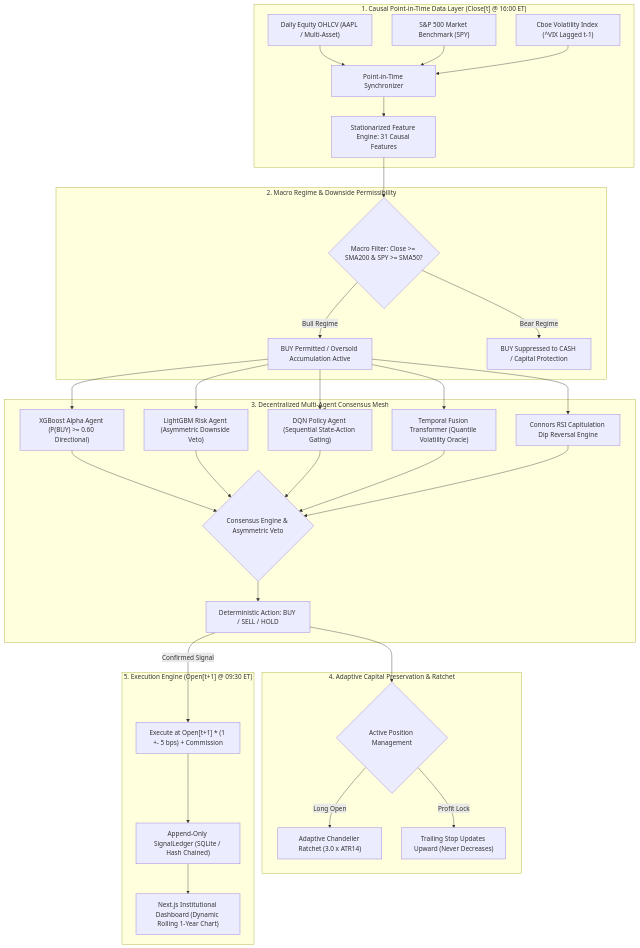
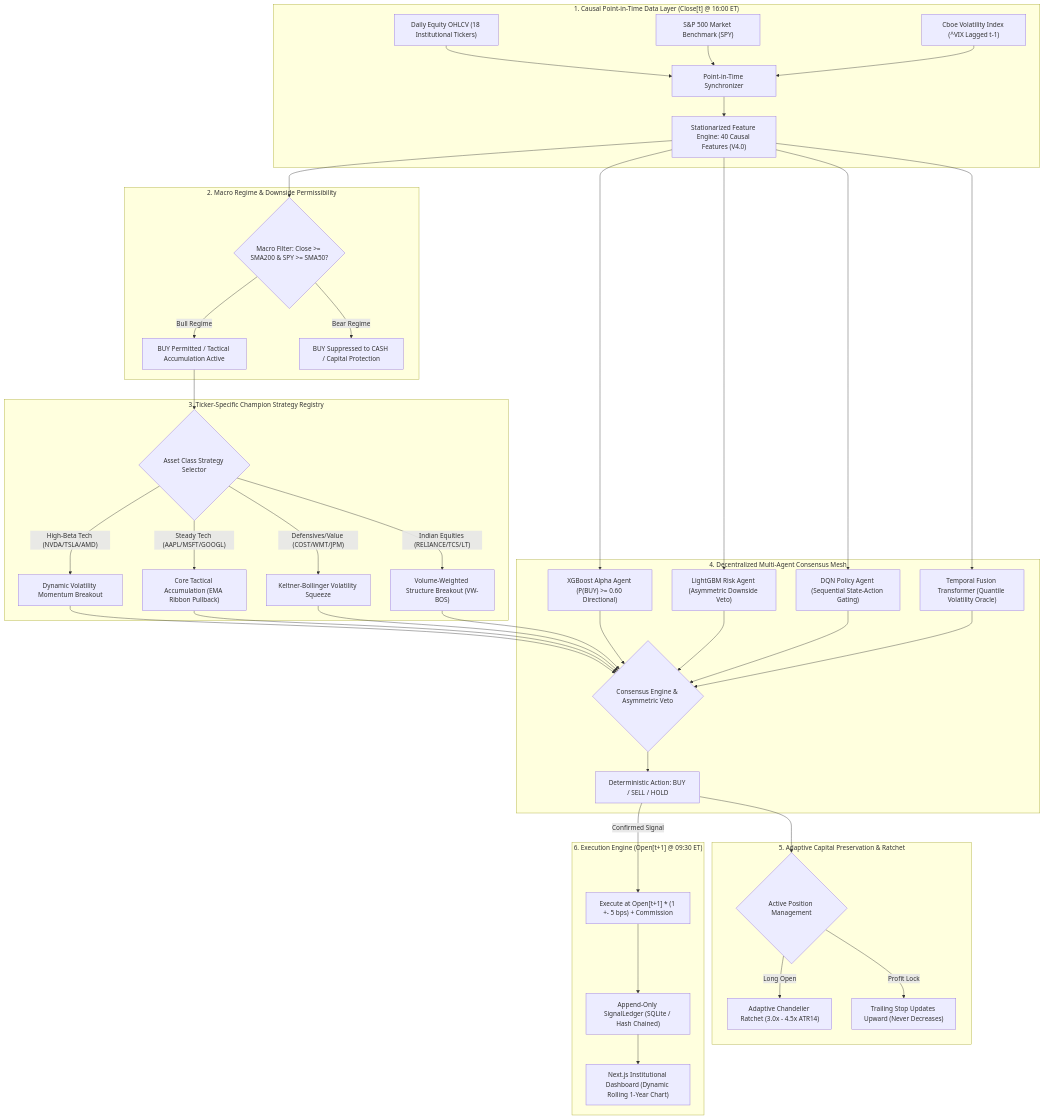
The diagram in README.md (dhruvin0041/quantitative-trading-platform), drawn with Mermaid before and after one commit. The commit also changed other lines of this file and 26 other files, not shown here.

````diff
--- a/README.md
+++ b/README.md
@@ -30,37 +30,45 @@
 ```mermaid
 flowchart TD
     subgraph Data_Layer ["1. Causal Point-in-Time Data Layer (Close[t] @ 16:00 ET)"]
-        OHLCV["Daily Equity OHLCV (AAPL / Multi-Asset)"] --> PIT["Point-in-Time Synchronizer"]
+        OHLCV["Daily Equity OHLCV (18 Institutional Tickers)"] --> PIT["Point-in-Time Synchronizer"]
         SPY["S&P 500 Market Benchmark (SPY)"] --> PIT
         VIX["Cboe Volatility Index (^VIX Lagged t-1)"] --> PIT
-        PIT --> FE["Stationarized Feature Engine: 31 Causal Features"]
+        PIT --> FE["Stationarized Feature Engine: 40 Causal Features (V4.0)"]
     end
 
     subgraph Macro_Firewall ["2. Macro Regime & Downside Permissibility"]
         FE --> RegimeCheck{"Macro Filter: Close >= SMA200 & SPY >= SMA50?"}
-        RegimeCheck -->|"Bull Regime"| BullPermit["BUY Permitted / Oversold Accumulation Active"]
+        RegimeCheck -->|"Bull Regime"| BullPermit["BUY Permitted / Tactical Accumulation Active"]
         RegimeCheck -->|"Bear Regime"| BearSuppress["BUY Suppressed to CASH / Capital Protection"]
     end
 
-    subgraph Model_Mesh ["3. Decentralized Multi-Agent Consensus Mesh"]
-        BullPermit --> XGB["XGBoost Alpha Agent (P(BUY) >= 0.60 Directional)"]
-        BullPermit --> LGBM["LightGBM Risk Agent (Asymmetric Downside Veto)"]
-        BullPermit --> DQN["DQN Policy Agent (Sequential State-Action Gating)"]
-        BullPermit --> TFT["Temporal Fusion Transformer (Quantile Volatility Oracle)"]
-        BullPermit --> Connors["Connors RSI Capitulation Dip Reversal Engine"]
-        XGB & LGBM & DQN & TFT & Connors --> Consensus{"Consensus Engine & Asymmetric Veto"}
-        Consensus --> Action["Deterministic Action: BUY / SELL / HOLD"]
+    subgraph Strategy_Engine ["3. Ticker-Specific Champion Strategy Registry"]
+        BullPermit --> StratMap{"Asset Class Strategy Selector"}
+        StratMap -->|"High-Beta Tech (NVDA/TSLA/AMD)"| Breakout["Dynamic Volatility Momentum Breakout"]
+        StratMap -->|"Steady Tech (AAPL/MSFT/GOOGL)"| CoreTac["Core Tactical Accumulation (EMA Ribbon Pullback)"]
+        StratMap -->|"Defensives/Value (COST/WMT/JPM)"| Squeeze["Keltner-Bollinger Volatility Squeeze"]
+        StratMap -->|"Indian Equities (RELIANCE/TCS/LT)"| StructBreak["Volume-Weighted Structure Breakout (VW-BOS)"]
     end
 
-    subgraph Risk_Stop ["4. Adaptive Capital Preservation & Ratchet"]
+    subgraph Model_Mesh ["4. Decentralized Multi-Agent Consensus Mesh"]
+        Breakout & CoreTac & Squeeze & StructBreak --> MeshConsensus
+        FE --> XGB["XGBoost Alpha Agent (P(BUY) >= 0.60 Directional)"]
+        FE --> LGBM["LightGBM Risk Agent (Asymmetric Downside Veto)"]
+        FE --> DQN["DQN Policy Agent (Sequential State-Action Gating)"]
+        FE --> TFT["Temporal Fusion Transformer (Quantile Volatility Oracle)"]
+        XGB & LGBM & DQN & TFT --> MeshConsensus{"Consensus Engine & Asymmetric Veto"}
+        MeshConsensus --> Action["Deterministic Action: BUY / SELL / HOLD"]
+    end
+
+    subgraph Risk_Stop ["5. Adaptive Capital Preservation & Ratchet"]
         Action --> Ratchet{"Active Position Management"}
-        Ratchet -->|"Long Open"| Chandelier["Adaptive Chandelier Ratchet (3.0 x ATR14)"]
+        Ratchet -->|"Long Open"| Chandelier["Adaptive Chandelier Ratchet (3.0x - 4.5x ATR14)"]
         Ratchet -->|"Profit Lock"| StopUpdate["Trailing Stop Updates Upward (Never Decreases)"]
     end
 
-    subgraph Deterministic_Sim ["5. Execution Engine (Open[t+1] @ 09:30 ET)"]
+    subgraph Deterministic_Sim ["6. Execution Engine (Open[t+1] @ 09:30 ET)"]
         Action -->|"Confirmed Signal"| Fill["Execute at Open[t+1] * (1 +- 5 bps) + Commission"]
         Fill --> Ledger["Append-Only SignalLedger (SQLite / Hash Chained)"]
         Ledger --> UI["Next.js Institutional Dashboard (Dynamic Rolling 1-Year Chart)"]
     end
 ```
````
